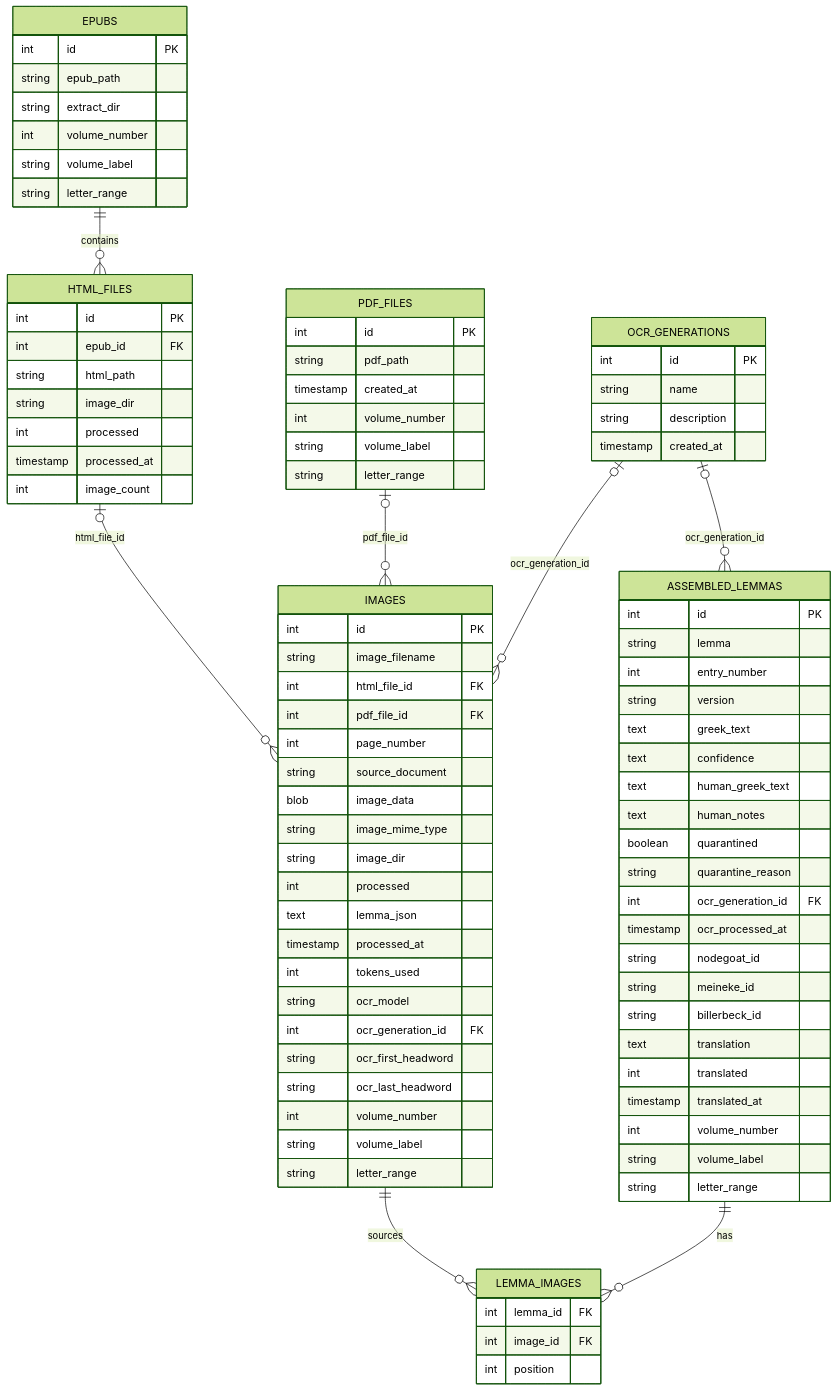
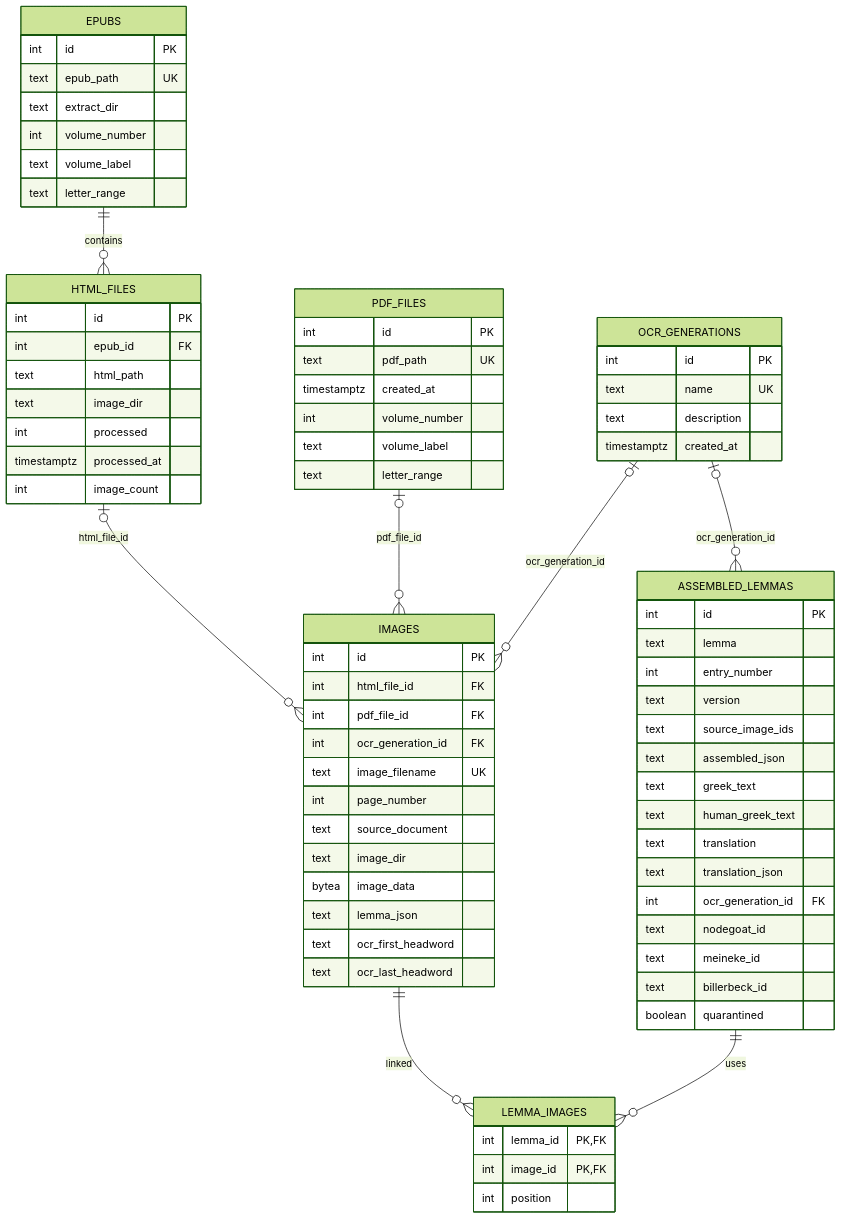
One commit to solresol/stephanos changed the first of 7 diagrams in DATABASE_ERD.md. Above: the diagram before and after it, drawn with Mermaid (forest theme). The commit also changed other lines of this file, not shown here.

Commit message:
Rebuild DATABASE_ERD with new schema

````diff
--- a/DATABASE_ERD.md
+++ b/DATABASE_ERD.md
@@ -10,112 +18,83 @@
 erDiagram
     EPUBS ||--o{ HTML_FILES : contains
     HTML_FILES o|--o{ IMAGES : html_file_id
-
     PDF_FILES o|--o{ IMAGES : pdf_file_id
-
     OCR_GENERATIONS o|--o{ IMAGES : ocr_generation_id
     OCR_GENERATIONS o|--o{ ASSEMBLED_LEMMAS : ocr_generation_id
-
-    IMAGES ||--o{ LEMMA_IMAGES : sources
-    ASSEMBLED_LEMMAS ||--o{ LEMMA_IMAGES : has
+    ASSEMBLED_LEMMAS ||--o{ LEMMA_IMAGES : uses
+    IMAGES ||--o{ LEMMA_IMAGES : linked
 
     EPUBS {
         int id PK
-        string epub_path
-        string extract_dir
+        text epub_path UK
+        text extract_dir
         int volume_number
-        string volume_label
-        string letter_range
+        text volume_label
+        text letter_range
     }
 
     HTML_FILES {
         int id PK
         int epub_id FK
-        string html_path
-        string image_dir
+        text html_path
+        text image_dir
         int processed
-        timestamp processed_at
+        timestamptz processed_at
         int image_count
     }
 
     PDF_FILES {
         int id PK
-        string pdf_path
-        timestamp created_at
+        text pdf_path UK
+        timestamptz created_at
         int volume_number
-        string volume_label
-        string letter_range
+        text volume_label
+        text letter_range
+    }
+
+    OCR_GENERATIONS {
+        int id PK
+        text name UK
+        text description
+        timestamptz created_at
     }
 
     IMAGES {
         int id PK
-        string image_filename
-
         int html_file_id FK
         int pdf_file_id FK
+        int ocr_generation_id FK
+        text image_filename UK
         int page_number
-        string source_document
-
-        blob image_data
-        string image_mime_type
-        string image_dir
-
-        int processed
+        text source_document
+        text image_dir
+        bytea image_data
         text lemma_json
-        timestamp processed_at
-        int tokens_used
-
-        string ocr_model
-        int ocr_generation_id FK
-        string ocr_first_headword
-        string ocr_last_headword
-
-        int volume_number
-        string volume_label
-        string letter_range
-    }
-
-    OCR_GENERATIONS {
-        int id PK
-        string name
-        string description
-        timestamp created_at
+        text ocr_first_headword
+        text ocr_last_headword
     }
 
     ASSEMBLED_LEMMAS {
         int id PK
-
-        string lemma
+        text lemma
         int entry_number
-        string version
+        text version
+        text source_image_ids
+        text assembled_json
         text greek_text
-        text confidence
-
         text human_greek_text
-        text human_notes
-
+        text translation
+        text translation_json
+        int ocr_generation_id FK
+        text nodegoat_id
+        text meineke_id
+        text billerbeck_id
         boolean quarantined
-        string quarantine_reason
-
-        int ocr_generation_id FK
-        timestamp ocr_processed_at
-
-        string nodegoat_id
-        string meineke_id
-        string billerbeck_id
-
-        text translation
-        int translated
-        timestamp translated_at
-
-        int volume_number
-        string volume_label
-        string letter_range
     }
 
     LEMMA_IMAGES {
-        int lemma_id FK
-        int image_id FK
+        int lemma_id PK, FK
+        int image_id PK, FK
         int position
     }
 ```
````
